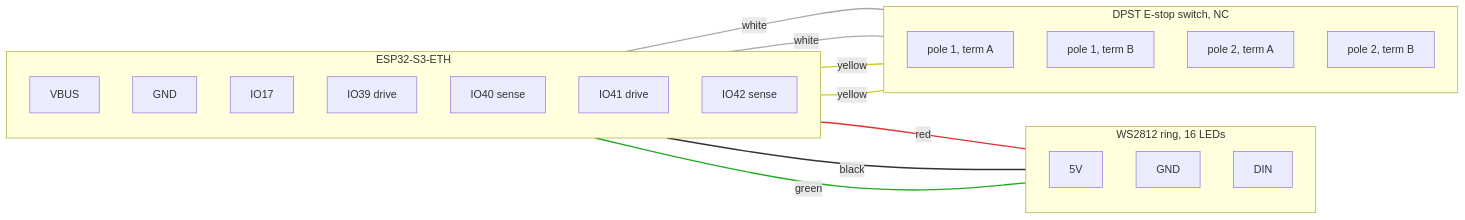
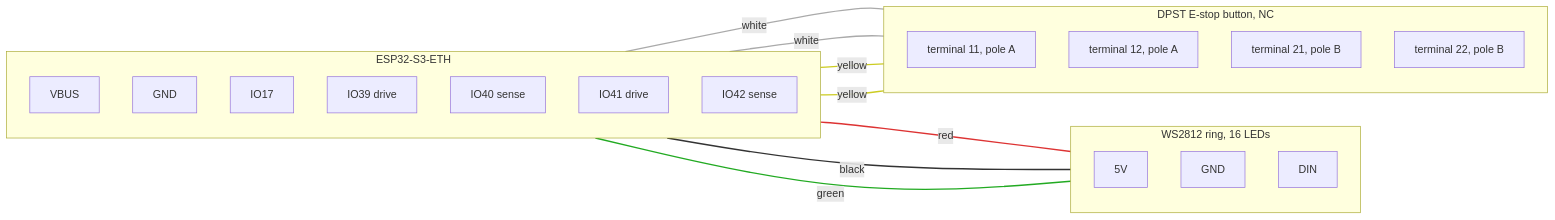
Before and after one commit to polymathrobotics/protective-stop: the diagram in hardware/README.md, drawn with Mermaid. The commit also changed other lines of this file, not shown here.

First line of the commit message:
hardware: button terminology + NKK terminal numbers (11/12, 21/22)

````diff
--- a/hardware/README.md
+++ b/hardware/README.md
@@ -36,42 +36,42 @@
 ```mermaid
 flowchart LR
     subgraph BOARD["ESP32-S3-ETH"]
         direction TB
         P5V["VBUS"]
         GND["GND"]
         G17["IO17"]
         G39["IO39 drive"]
         G40["IO40 sense"]
         G41["IO41 drive"]
         G42["IO42 sense"]
     end
 
     subgraph RING["WS2812 ring, 16 LEDs"]
         direction TB
         RV["5V"]
         RG["GND"]
         RD["DIN"]
     end
 
-    subgraph SW["DPST E-stop switch, NC"]
+    subgraph SW["DPST E-stop button, NC"]
         direction TB
-        P1A["pole 1, term A"]
-        P1B["pole 1, term B"]
-        P2A["pole 2, term A"]
-        P2B["pole 2, term B"]
+        P1A["terminal 11, pole A"]
+        P1B["terminal 12, pole A"]
+        P2A["terminal 21, pole B"]
+        P2B["terminal 22, pole B"]
     end
 
     P5V --- |red| RV
     GND --- |black| RG
     G17 --- |green| RD
     G39 --- |white| P1A
     G40 --- |white| P1B
     G41 --- |yellow| P2A
     G42 --- |yellow| P2B
 
     linkStyle 0 stroke:#d33,stroke-width:2px
     linkStyle 1 stroke:#333,stroke-width:2px
     linkStyle 2 stroke:#2a2,stroke-width:2px
     linkStyle 3,4 stroke:#aaa,stroke-width:2px
     linkStyle 5,6 stroke:#cc2,stroke-width:2px
 ```
````
